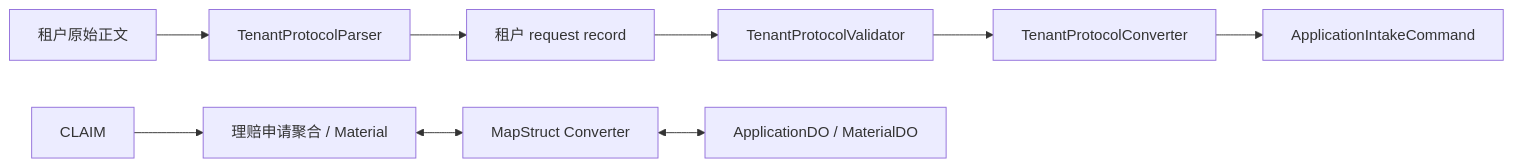
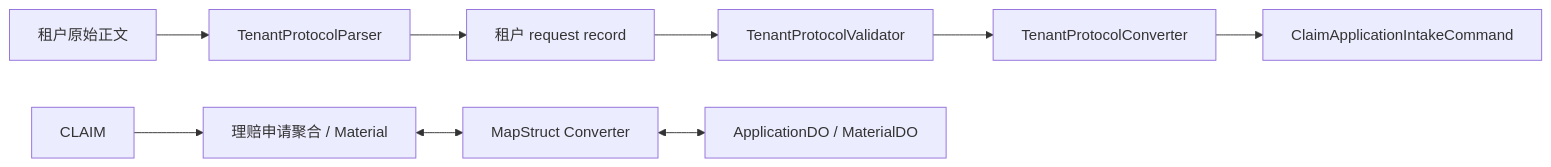
The third of 4 diagrams in specs/003-application-intake/design.md (wangguangwu/claim-integration-platform), drawn with Mermaid before and after one commit. The commit also changed other lines of this file and 145 other files, not shown here.

````diff
--- a/specs/003-application-intake/design.md
+++ b/specs/003-application-intake/design.md
@@ -197,11 +197,11 @@
 ```mermaid
 flowchart LR
     TENANT_PAYLOAD["租户原始正文"] --> PARSER["TenantProtocolParser"]
     PARSER --> TENANT_DTO["租户 request record"]
     TENANT_DTO --> VALIDATOR["TenantProtocolValidator"]
     VALIDATOR --> CONVERTER["TenantProtocolConverter"]
-    CONVERTER --> COMMAND["ApplicationIntakeCommand"]
+    CONVERTER --> COMMAND["ClaimApplicationIntakeCommand"]
     CLAIM --> DOMAIN["理赔申请聚合 / Material"]
     DOMAIN <--> DATA_MAPPER["MapStruct Converter"]
     DATA_MAPPER <--> DO["ApplicationDO / MaterialDO"]
 ```
````
